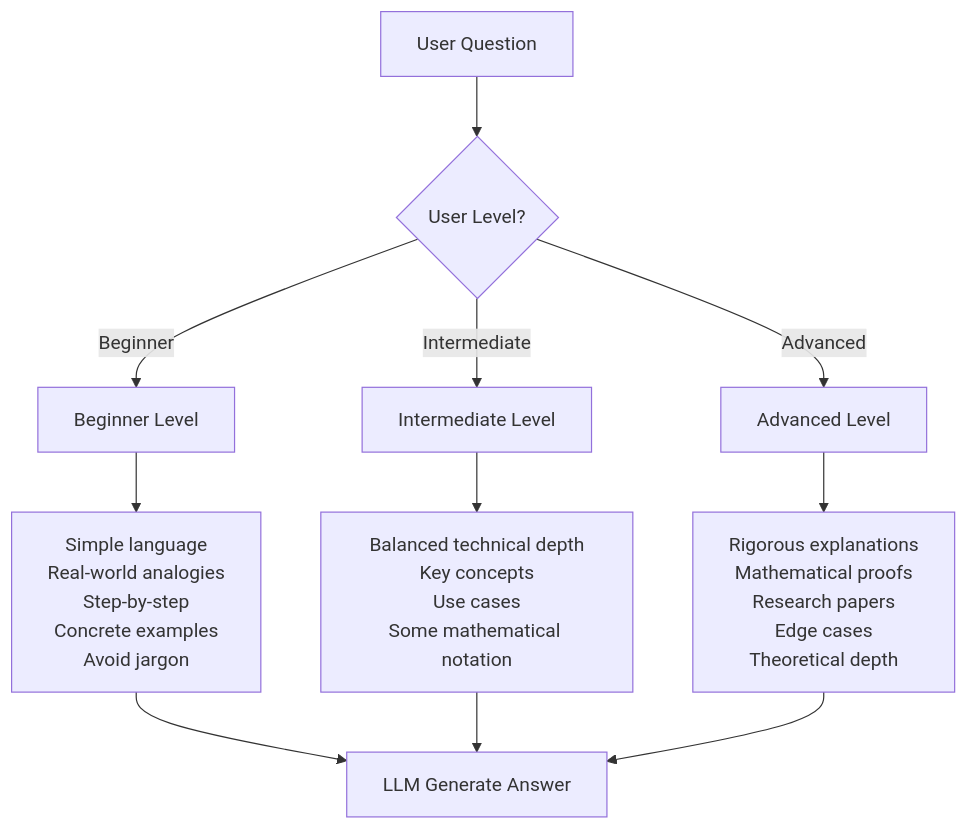
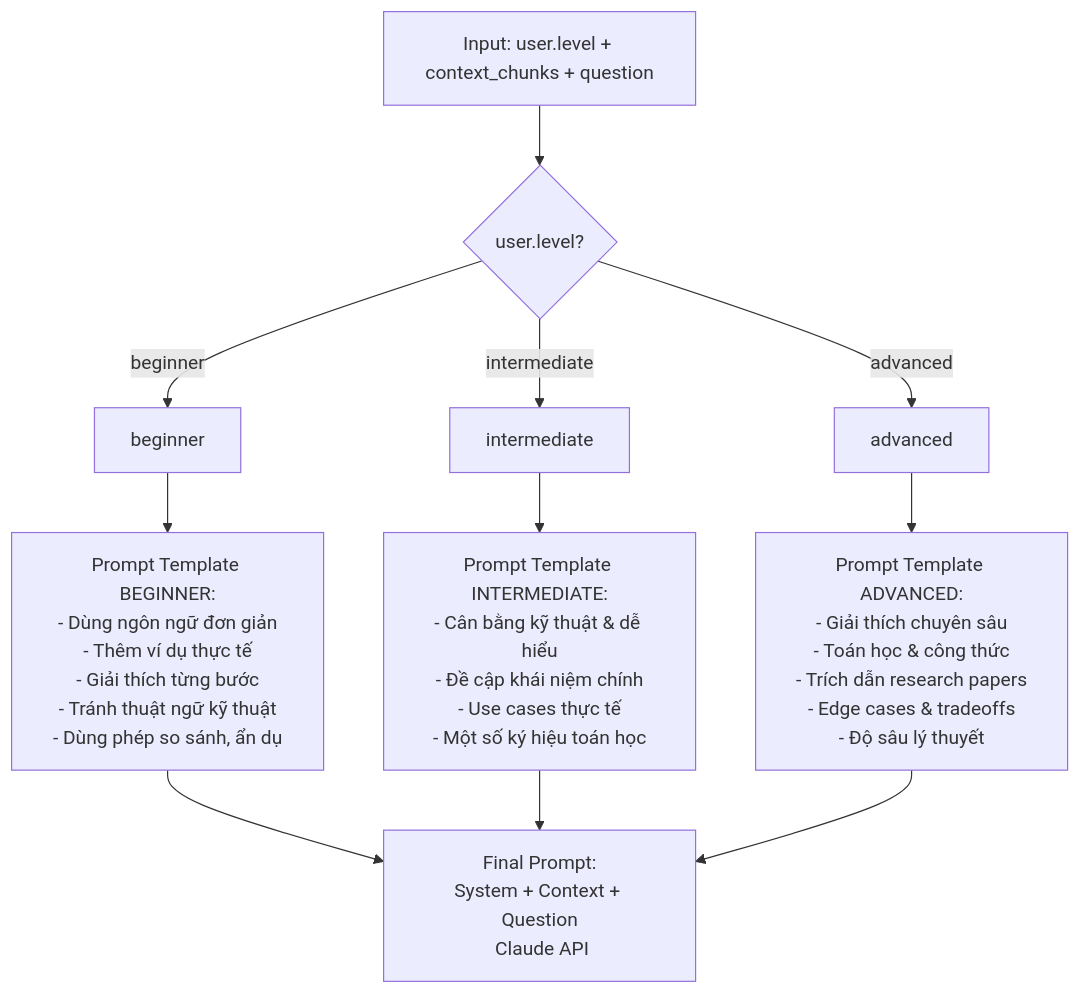
Before and after one commit to Nvcoing/WEUP-E-Learning: the fifth of 14 diagrams in README.md, drawn with Mermaid. The commit also changed other lines of this file, not shown here.

````diff
--- a/README.md
+++ b/README.md
@@ -284,29 +288,23 @@
 ```mermaid
 graph TD
-    A["User Question"]
-    B{"User Level?"}
-    
-    C["Beginner Level"]
-    D["Simple language<br/>Real-world analogies<br/>Step-by-step<br/>Concrete examples<br/>Avoid jargon"]
-    
-    E["Intermediate Level"]
-    F["Balanced technical depth<br/>Key concepts<br/>Use cases<br/>Some mathematical notation"]
-    
-    G["Advanced Level"]
-    H["Rigorous explanations<br/>Mathematical proofs<br/>Research papers<br/>Edge cases<br/>Theoretical depth"]
-    
-    I["LLM Generate Answer"]
-    
+    A["Input: user.level + context_chunks + question"]
+
+    B{"user.level?"}
+
+    C[" beginner"]
+    D[" intermediate"]
+    E[" advanced"]
+
+    F["Prompt Template BEGINNER:\n- Dùng ngôn ngữ đơn giản\n- Thêm ví dụ thực tế\n- Giải thích từng bước\n- Tránh thuật ngữ kỹ thuật\n- Dùng phép so sánh, ẩn dụ"]
+
+    G["Prompt Template INTERMEDIATE:\n- Cân bằng kỹ thuật & dễ hiểu\n- Đề cập khái niệm chính\n- Use cases thực tế\n- Một số ký hiệu toán học"]
+
+    H["Prompt Template ADVANCED:\n- Giải thích chuyên sâu\n- Toán học & công thức\n- Trích dẫn research papers\n- Edge cases & tradeoffs\n- Độ sâu lý thuyết"]
+
+    I["Final Prompt:\nSystem + Context + Question\n Claude API"]
+
     A --> B
-    B -->|Beginner| C
-    B -->|Intermediate| E
-    B -->|Advanced| G
-    
-    C --> D
-    E --> F
-    G --> H
-    
-    D --> I
-    F --> I
-    H --> I
+    B -->|beginner| C --> F --> I
+    B -->|intermediate| D --> G --> I
+    B -->|advanced| E --> H --> I
 ```
````
